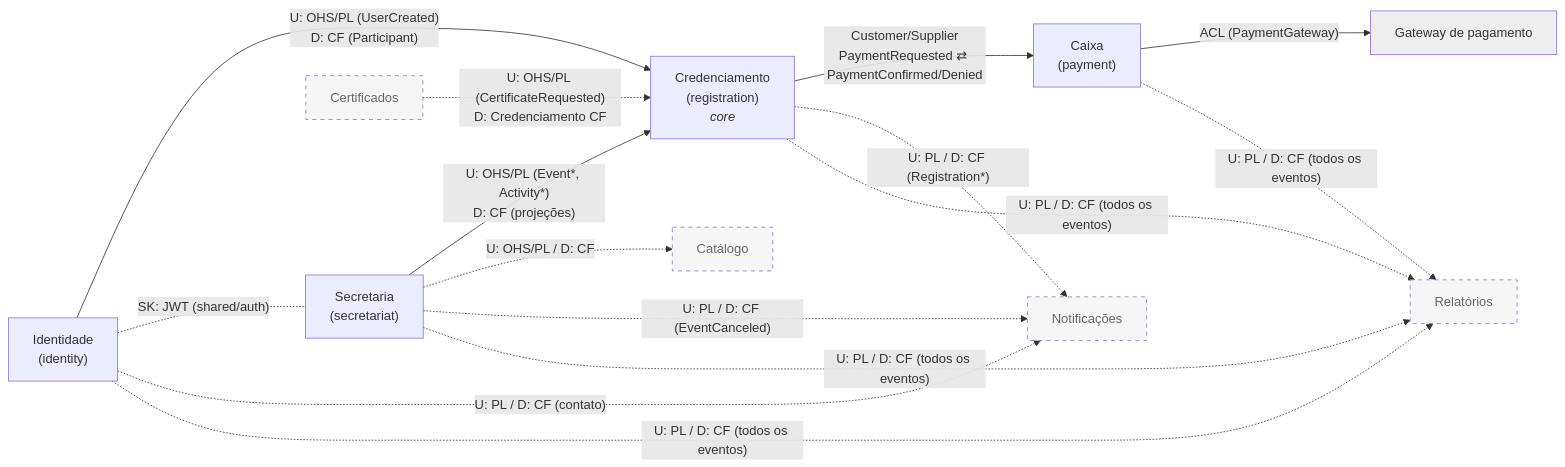
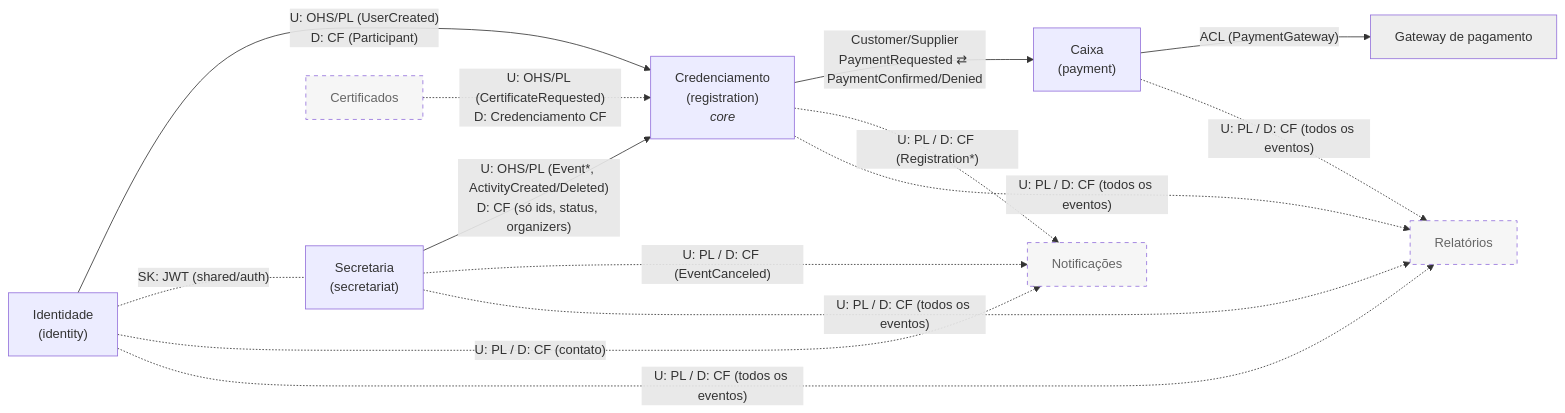
The first of 3 diagrams in docs/arquitetura.md (macaroots/EventHub), drawn with Mermaid before and after one commit. The commit also changed other lines of this file and 2 other files, not shown here.

Commit message:
docs: catalogo publico na secretaria

````diff
--- a/docs/arquitetura.md
+++ b/docs/arquitetura.md
@@ -65,27 +66,25 @@
 ```mermaid
 flowchart LR
     classDef planned stroke-dasharray: 5 5,fill:#f6f6f6,color:#666
     classDef external fill:#eee,color:#333
 
     Identity["Identidade<br/>(identity)"]
     Secretaria["Secretaria<br/>(secretariat)"]
     Credenciamento["Credenciamento<br/>(registration)<br/><i>core</i>"]
     Caixa["Caixa<br/>(payment)"]
-    Catalogo["Catálogo"]:::planned
     Notificacoes["Notificações"]:::planned
     Certificados["Certificados"]:::planned
     Relatorios["Relatórios"]:::planned
     Gateway["Gateway de pagamento"]:::external
 
     Identity -- "U: OHS/PL (UserCreated)<br/>D: CF (Participant)" --> Credenciamento
     Identity -. "SK: JWT (shared/auth)" .- Secretaria
-    Secretaria -- "U: OHS/PL (Event*, Activity*)<br/>D: CF (projeções)" --> Credenciamento
-    Secretaria -. "U: OHS/PL / D: CF" .-> Catalogo
+    Secretaria -- "U: OHS/PL (Event*, ActivityCreated/Deleted)<br/>D: CF (só ids, status, organizers)" --> Credenciamento
     Credenciamento -- "Customer/Supplier<br/>PaymentRequested ⇄ PaymentConfirmed/Denied" --> Caixa
     Caixa -- "ACL (PaymentGateway)" --> Gateway
     Certificados -. "U: OHS/PL (CertificateRequested)<br/>D: Credenciamento CF" .-> Credenciamento
     Credenciamento -. "U: PL / D: CF (Registration*)" .-> Notificacoes
     Secretaria -. "U: PL / D: CF (EventCanceled)" .-> Notificacoes
     Identity -. "U: PL / D: CF (contato)" .-> Notificacoes
     Credenciamento & Secretaria & Identity & Caixa -. "U: PL / D: CF (todos os eventos)" .-> Relatorios
 ```
````
